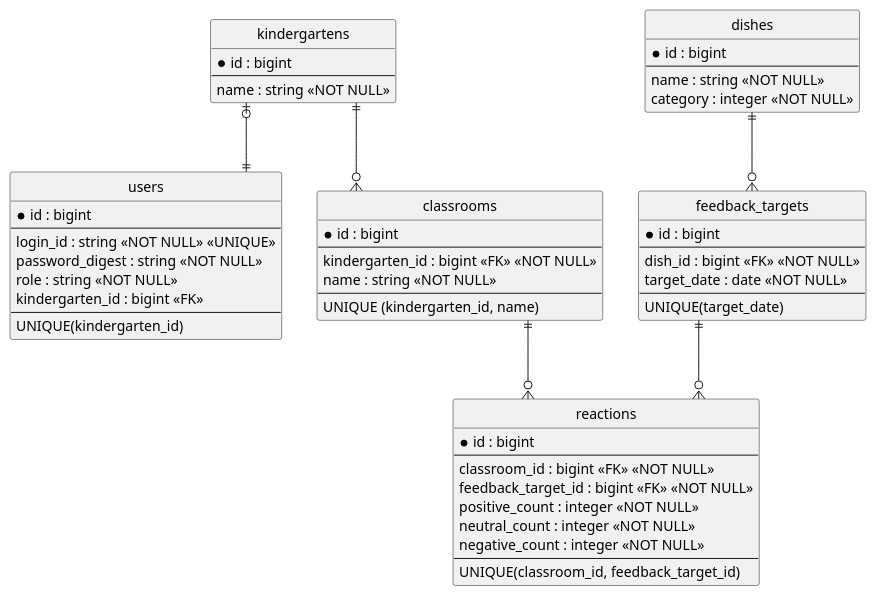
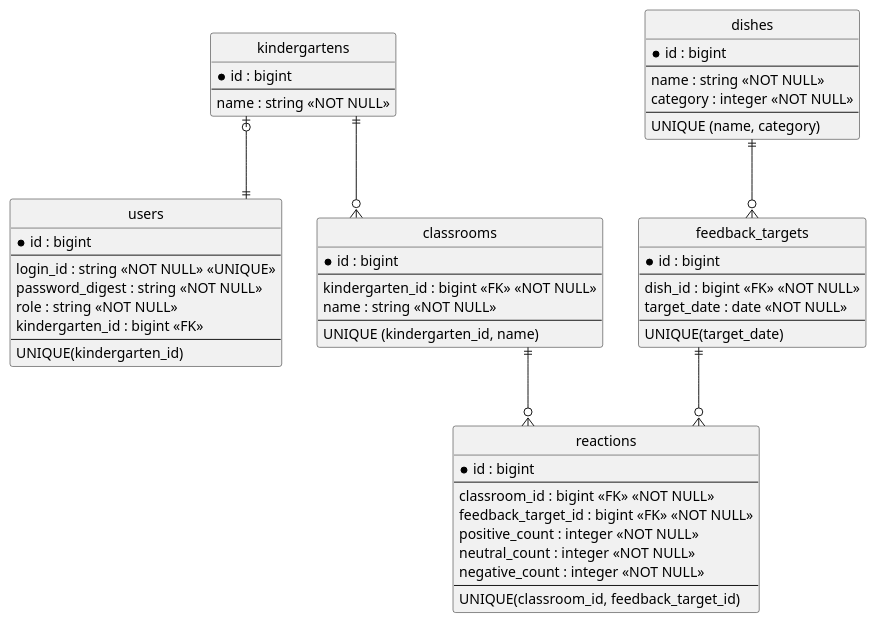
Before and after one commit to XX318philia/kyushoku_reaction_app: the diagram in er_diagram_docs/er_diagram.puml, drawn with PlantUML. The commit also changed 2 other files, not shown here.

Commit message:
users と dishes の制約・管理方針をER図関連資料へ反映 (#52)
* docs: dishesの料理名制約と重複条件をER図へ反映

* docs: 先ほど修正したdishesのER図をpngへエクスポート

* docs: usersのroleとkindergarten_id制約をER図仕様へ反映

```diff
--- a/er_diagram_docs/er_diagram.puml
+++ b/er_diagram_docs/er_diagram.puml
@@ -1,69 +1,71 @@
 @startuml
 
 hide circle
 skinparam linetype ortho
 
 entity "users" as users {
   * id : bigint
   --
   login_id : string <<NOT NULL>> <<UNIQUE>>
   password_digest : string <<NOT NULL>>
   role : string <<NOT NULL>>
   kindergarten_id : bigint <<FK>>
   --
   UNIQUE(kindergarten_id)
 }
 
 entity "kindergartens" as kindergartens {
   * id : bigint
   --
   name : string <<NOT NULL>>
 }
 
 kindergartens |o--|| users
 
 entity "classrooms" as classrooms {
   * id : bigint
   --
   kindergarten_id : bigint <<FK>> <<NOT NULL>>
   name : string <<NOT NULL>>
   --
   UNIQUE (kindergarten_id, name)
 }
 
 kindergartens ||--o{ classrooms
 
 entity "dishes" as dishes {
   * id : bigint
   --
-name : string <<NOT NULL>>
-category : integer <<NOT NULL>>
+  name : string <<NOT NULL>>
+  category : integer <<NOT NULL>>
+  --
+  UNIQUE (name, category)
 }
 
 entity "feedback_targets" as feedback_targets {
   * id : bigint
   --
   dish_id : bigint <<FK>> <<NOT NULL>>
   target_date : date <<NOT NULL>>
   --
   UNIQUE(target_date)
 }
 
 dishes ||--o{ feedback_targets
 
 entity "reactions" as reactions {
   * id : bigint
   --
   classroom_id : bigint <<FK>> <<NOT NULL>>
   feedback_target_id : bigint <<FK>> <<NOT NULL>>
   positive_count : integer <<NOT NULL>>
   neutral_count : integer <<NOT NULL>>
   negative_count : integer <<NOT NULL>>
   --
   UNIQUE(classroom_id, feedback_target_id)
 }
 
 classrooms ||--o{ reactions
 feedback_targets ||--o{ reactions
 
 @enduml
```
